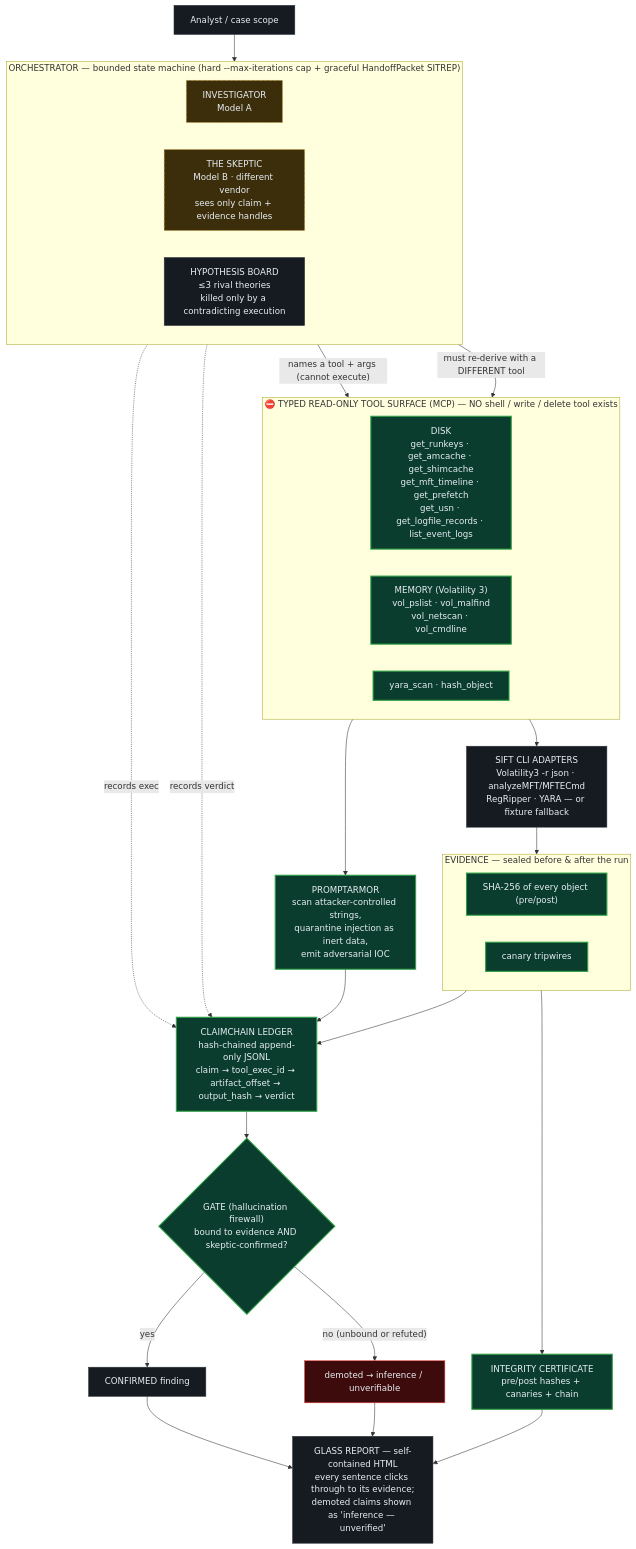
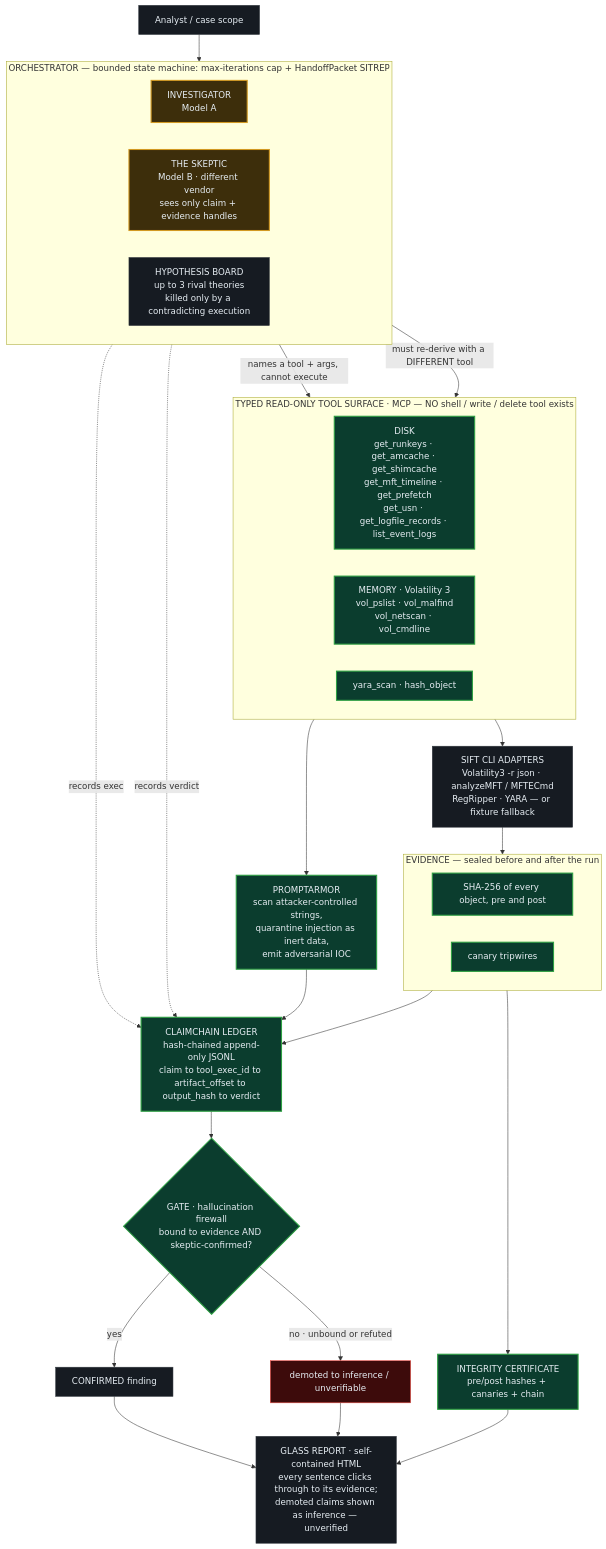
The first of 2 diagrams in docs/ARCHITECTURE.md (Unknown1502/Glassbox), drawn with Mermaid before and after one commit. The commit also changed other lines of this file, not shown here.

Commit message:
docs(architecture): harden Mermaid for reliable GitHub rendering (subgraphs first, safe labels)

````diff
--- a/docs/ARCHITECTURE.md
+++ b/docs/ARCHITECTURE.md
@@ -17,54 +17,56 @@
 ```mermaid
 flowchart TB
     classDef hard fill:#0b3d2e,stroke:#2ea043,color:#e6edf3,stroke-width:2px;
-    classDef soft fill:#3d2e0b,stroke:#d29922,color:#e6edf3,stroke-dasharray:5 4;
+    classDef soft fill:#3d2e0b,stroke:#d29922,color:#e6edf3,stroke-width:2px;
     classDef neutral fill:#161b22,stroke:#30363d,color:#e6edf3;
     classDef danger fill:#3d0b0b,stroke:#f85149,color:#e6edf3;
 
-    OPER["Analyst / case scope"]:::neutral
-
-    subgraph ORCH["ORCHESTRATOR — bounded state machine (hard --max-iterations cap + graceful HandoffPacket SITREP)"]
+    %% subgraphs declared first so their ids are never parsed as plain nodes
+    subgraph ORCH["ORCHESTRATOR — bounded state machine: max-iterations cap + HandoffPacket SITREP"]
         direction LR
         INV["INVESTIGATOR<br/>Model A"]:::soft
         SKEP["THE SKEPTIC<br/>Model B · different vendor<br/>sees only claim + evidence handles"]:::soft
-        HYP["HYPOTHESIS BOARD<br/>≤3 rival theories<br/>killed only by a contradicting execution"]:::neutral
+        HYP["HYPOTHESIS BOARD<br/>up to 3 rival theories<br/>killed only by a contradicting execution"]:::neutral
     end
 
-    OPER --> ORCH
-    INV -->|"names a tool + args (cannot execute)"| SURF
-    SKEP -->|"must re-derive with a DIFFERENT tool"| SURF
-
-    subgraph SURF["⛔ TYPED READ-ONLY TOOL SURFACE (MCP) — NO shell / write / delete tool exists"]
+    subgraph SURF["TYPED READ-ONLY TOOL SURFACE · MCP — NO shell / write / delete tool exists"]
         direction LR
         D1["DISK<br/>get_runkeys · get_amcache · get_shimcache<br/>get_mft_timeline · get_prefetch<br/>get_usn · get_logfile_records · list_event_logs"]:::hard
-        M1["MEMORY (Volatility 3)<br/>vol_pslist · vol_malfind<br/>vol_netscan · vol_cmdline"]:::hard
+        M1["MEMORY · Volatility 3<br/>vol_pslist · vol_malfind<br/>vol_netscan · vol_cmdline"]:::hard
         Y1["yara_scan · hash_object"]:::hard
     end
 
-    SURF --> ARM["PROMPTARMOR<br/>scan attacker-controlled strings,<br/>quarantine injection as inert data,<br/>emit adversarial IOC"]:::hard
-    SURF --> ADP["SIFT CLI ADAPTERS<br/>Volatility3 -r json · analyzeMFT/MFTECmd<br/>RegRipper · YARA — or fixture fallback"]:::neutral
-
-    ADP --> EVID
-    subgraph EVID["EVIDENCE — sealed before & after the run"]
+    subgraph EVID["EVIDENCE — sealed before and after the run"]
         direction LR
-        SEAL["SHA-256 of every object (pre/post)"]:::hard
+        SEAL["SHA-256 of every object, pre and post"]:::hard
         CAN["canary tripwires"]:::hard
     end
 
+    OPER["Analyst / case scope"]:::neutral
+    ARM["PROMPTARMOR<br/>scan attacker-controlled strings,<br/>quarantine injection as inert data,<br/>emit adversarial IOC"]:::hard
+    ADP["SIFT CLI ADAPTERS<br/>Volatility3 -r json · analyzeMFT / MFTECmd<br/>RegRipper · YARA — or fixture fallback"]:::neutral
+    LED["CLAIMCHAIN LEDGER<br/>hash-chained append-only JSONL<br/>claim to tool_exec_id to artifact_offset to output_hash to verdict"]:::hard
+    GATE{"GATE · hallucination firewall<br/>bound to evidence AND skeptic-confirmed?"}:::hard
+    CONF["CONFIRMED finding"]:::neutral
+    DEMO["demoted to inference / unverifiable"]:::danger
+    CERT["INTEGRITY CERTIFICATE<br/>pre/post hashes + canaries + chain"]:::hard
+    REP["GLASS REPORT · self-contained HTML<br/>every sentence clicks through to its evidence;<br/>demoted claims shown as inference — unverified"]:::neutral
+
+    OPER --> ORCH
+    INV -->|"names a tool + args, cannot execute"| SURF
+    SKEP -->|"must re-derive with a DIFFERENT tool"| SURF
+    SURF --> ARM
+    SURF --> ADP
+    ADP --> EVID
     ARM --> LED
     EVID --> LED
-    INV -.records exec.-> LED
-    SKEP -.records verdict.-> LED
-
-    LED["CLAIMCHAIN LEDGER<br/>hash-chained append-only JSONL<br/>claim → tool_exec_id → artifact_offset → output_hash → verdict"]:::hard
-
-    LED --> GATE{"GATE (hallucination firewall)<br/>bound to evidence AND skeptic-confirmed?"}:::hard
-    GATE -->|yes| CONF["CONFIRMED finding"]:::neutral
-    GATE -->|"no (unbound or refuted)"| DEMO["demoted → inference / unverifiable"]:::danger
-
+    INV -.->|records exec| LED
+    SKEP -.->|records verdict| LED
+    LED --> GATE
+    GATE -->|yes| CONF
+    GATE -->|"no · unbound or refuted"| DEMO
     CONF --> REP
     DEMO --> REP
-    EVID --> CERT["INTEGRITY CERTIFICATE<br/>pre/post hashes + canaries + chain"]:::hard
+    EVID --> CERT
     CERT --> REP
-    REP["GLASS REPORT — self-contained HTML<br/>every sentence clicks through to its evidence;<br/>demoted claims shown as 'inference — unverified'"]:::neutral
 ```
````
